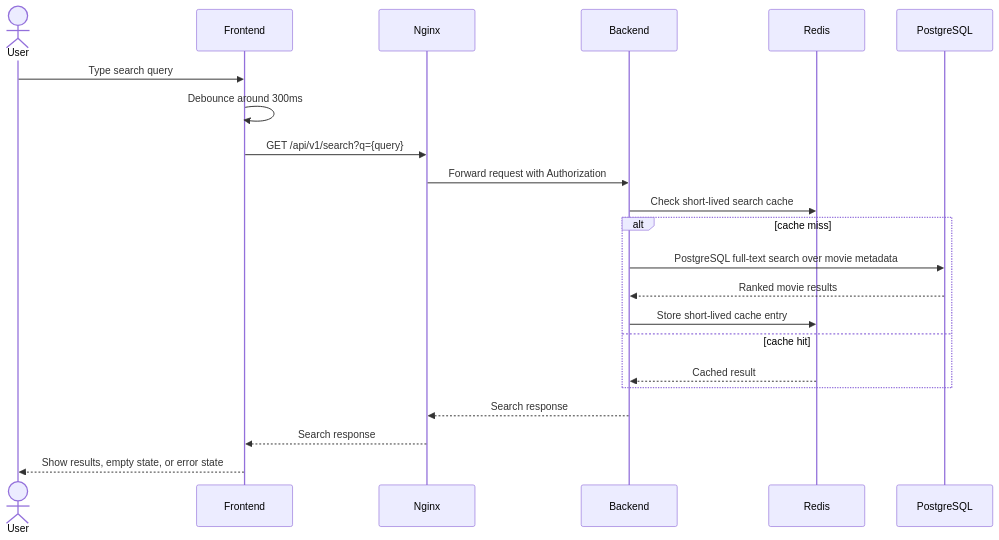
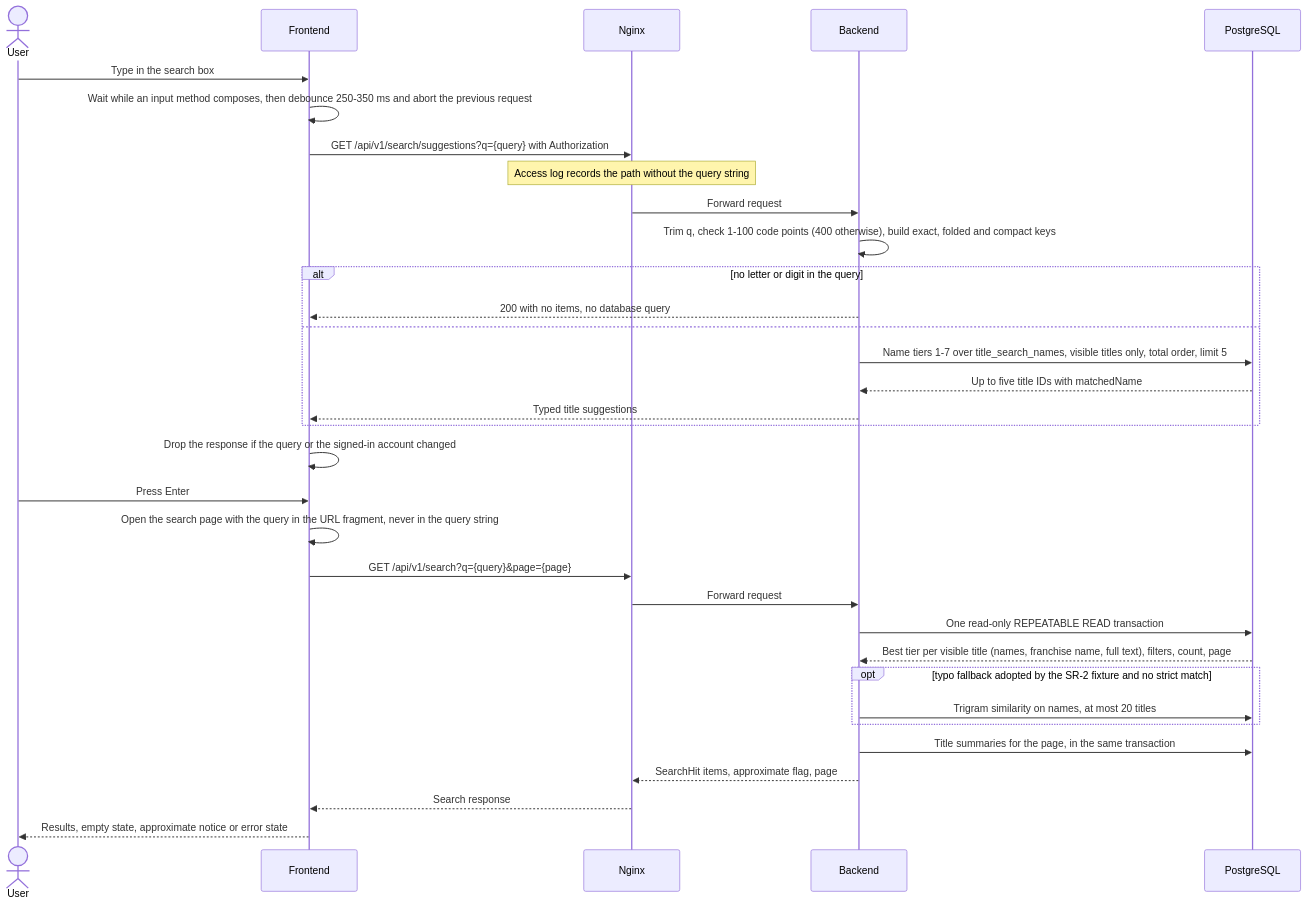
One commit to Duyphanb/Self-hosted-VoD-Platform changed the tenth of 10 diagrams in docs/architecture/SEQUENCE-DIAGRAMS.md. Above: the diagram before and after it, drawn with Mermaid. The commit also changed other lines of this file and 11 other files, not shown here.

````diff
--- a/docs/architecture/SEQUENCE-DIAGRAMS.md
+++ b/docs/architecture/SEQUENCE-DIAGRAMS.md
@@ -354,25 +354,36 @@
 ```mermaid
 sequenceDiagram
     actor User
     participant Frontend
     participant Nginx
     participant Backend
-    participant Redis
     participant PostgreSQL
 
-    User->>Frontend: Type search query
-    Frontend->>Frontend: Debounce around 300ms
-    Frontend->>Nginx: GET /api/v1/search?q={query}
-    Nginx->>Backend: Forward request with Authorization
-    Backend->>Redis: Check short-lived search cache
-    alt cache miss
-        Backend->>PostgreSQL: PostgreSQL full-text search over movie metadata
-        PostgreSQL-->>Backend: Ranked movie results
-        Backend->>Redis: Store short-lived cache entry
-    else cache hit
-        Redis-->>Backend: Cached result
+    User->>Frontend: Type in the search box
+    Frontend->>Frontend: Wait while an input method composes, then debounce 250-350 ms and abort the previous request
+    Frontend->>Nginx: GET /api/v1/search/suggestions?q={query} with Authorization
+    Note over Nginx: Access log records the path without the query string
+    Nginx->>Backend: Forward request
+    Backend->>Backend: Trim q, check 1-100 code points (400 otherwise), build exact, folded and compact keys
+    alt no letter or digit in the query
+        Backend-->>Frontend: 200 with no items, no database query
+    else
+        Backend->>PostgreSQL: Name tiers 1-7 over title_search_names, visible titles only, total order, limit 5
+        PostgreSQL-->>Backend: Up to five title IDs with matchedName
+        Backend-->>Frontend: Typed title suggestions
     end
-    Backend-->>Nginx: Search response
+    Frontend->>Frontend: Drop the response if the query or the signed-in account changed
+    User->>Frontend: Press Enter
+    Frontend->>Frontend: Open the search page with the query in the URL fragment, never in the query string
+    Frontend->>Nginx: GET /api/v1/search?q={query}&page={page}
+    Nginx->>Backend: Forward request
+    Backend->>PostgreSQL: One read-only REPEATABLE READ transaction
+    PostgreSQL-->>Backend: Best tier per visible title (names, franchise name, full text), filters, count, page
+    opt typo fallback adopted by the SR-2 fixture and no strict match
+        Backend->>PostgreSQL: Trigram similarity on names, at most 20 titles
+    end
+    Backend->>PostgreSQL: Title summaries for the page, in the same transaction
+    Backend-->>Nginx: SearchHit items, approximate flag, page
     Nginx-->>Frontend: Search response
-    Frontend-->>User: Show results, empty state, or error state
+    Frontend-->>User: Results, empty state, approximate notice or error state
 ```
````
